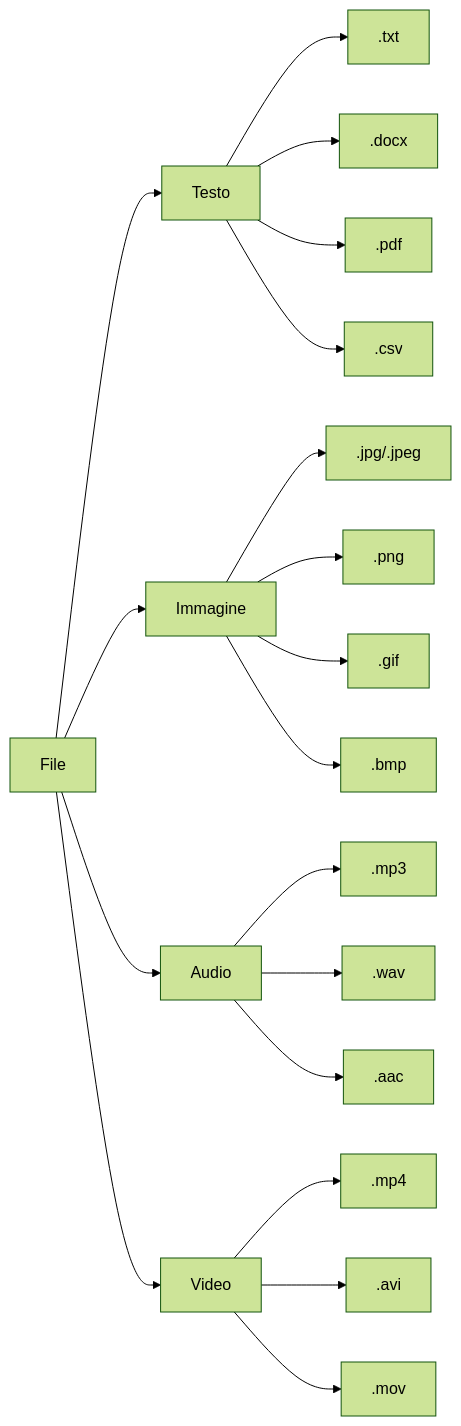
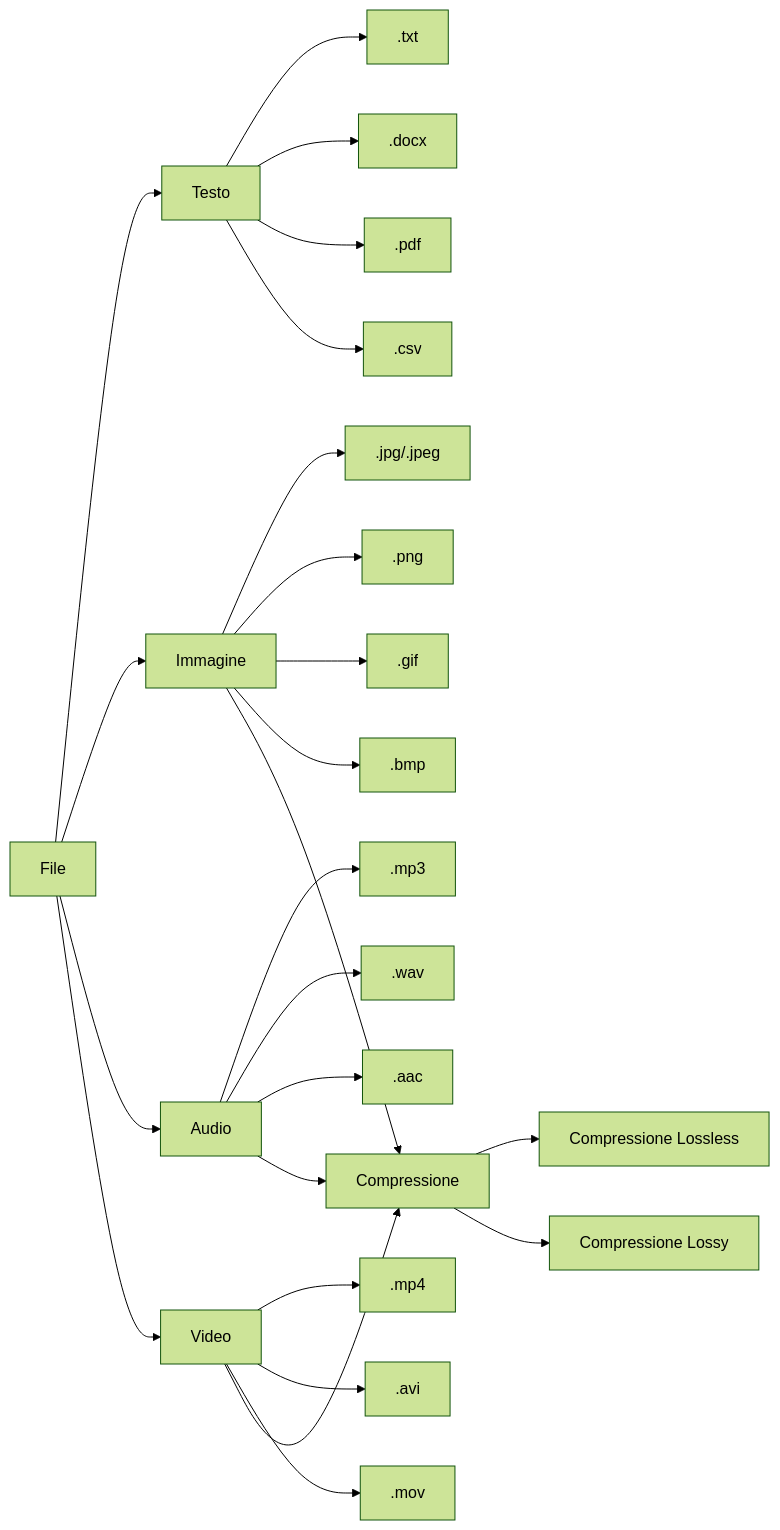
One commit to Federob/infohandouts changed the diagram in docs/infoCoding/05_file.md. Above: the diagram before and after it, drawn with Mermaid (forest theme). The commit also changed other lines of this file and 1 other file, not shown here.

````diff
--- a/docs/infoCoding/05_file.md
+++ b/docs/infoCoding/05_file.md
@@ -55,25 +62,31 @@
 ```mermaid
 graph LR
     A[File] --> B[Testo]
     A --> C[Immagine]
     A --> D[Audio]
     A --> E[Video]
 
     B --> B1[.txt]
     B --> B2[.docx]
     B --> B3[.pdf]
     B --> B4[.csv]
 
     C --> C1[.jpg/.jpeg]
     C --> C2[.png]
     C --> C3[.gif]
     C --> C4[.bmp]
 
     D --> D1[.mp3]
     D --> D2[.wav]
     D --> D3[.aac]
 
     E --> E1[.mp4]
     E --> E2[.avi]
     E --> E3[.mov]
+
+    C --> I[Compressione]
+    D --> I
+    E --> I
+    I --> J[Compressione Lossless]
+    I --> K[Compressione Lossy]
 ```
````
